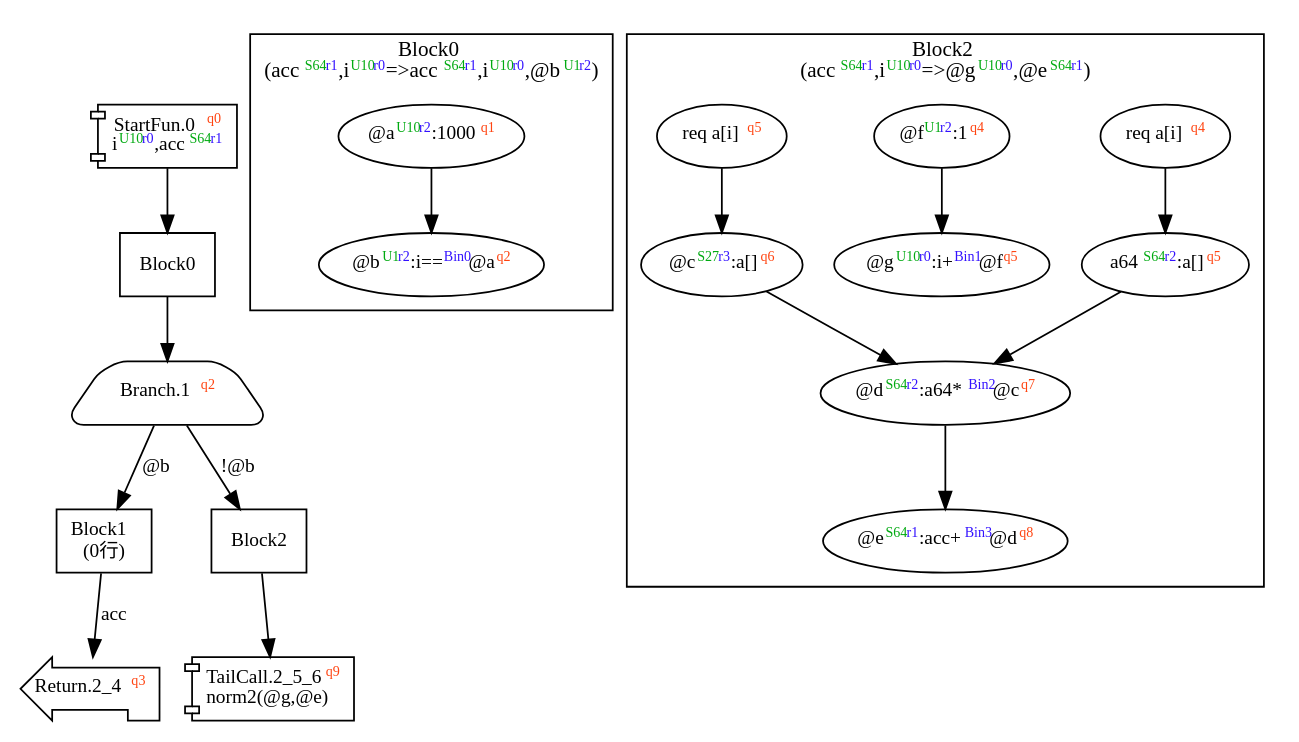
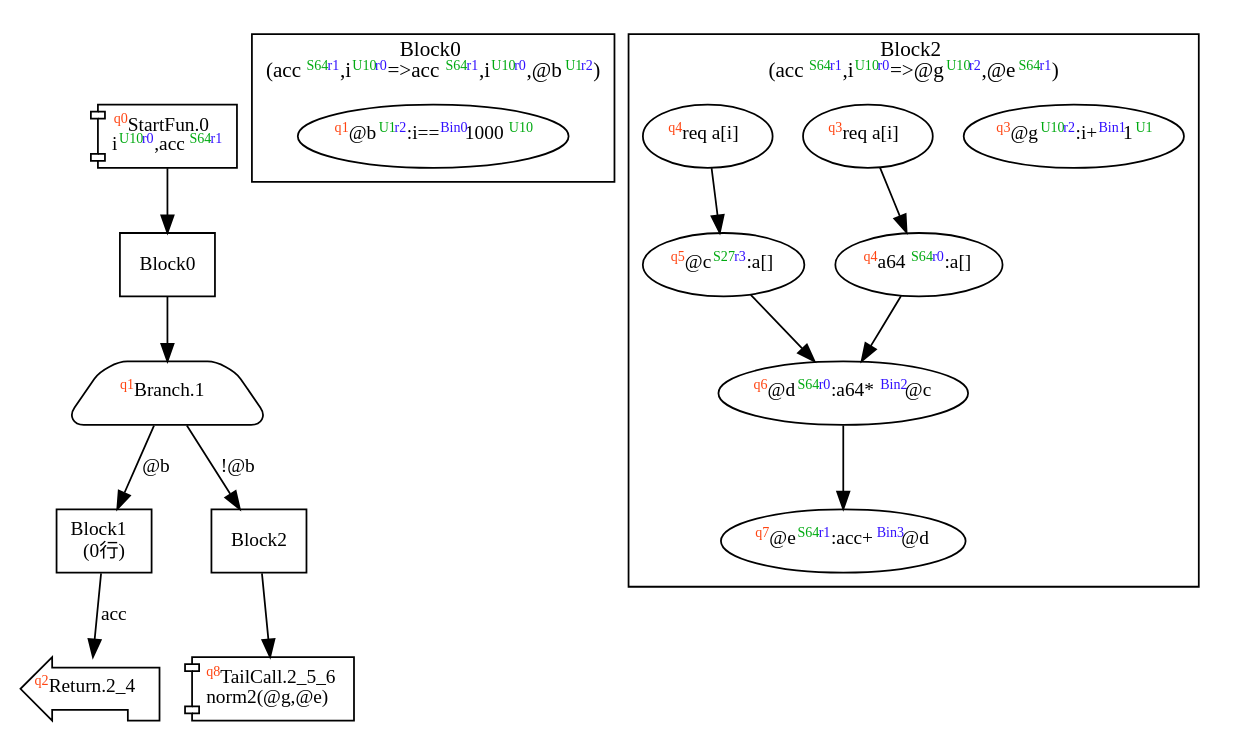
Before and after one commit to akouryy/SyntheScala: the diagram in dist/norm2.dot, drawn with Graphviz. The commit also changed 34 other files, not shown here.

```diff
--- a/dist/norm2.dot
+++ b/dist/norm2.dot
@@ -1,46 +1,42 @@
 digraph Program_ {
   graph [fontname = "Monaco", fontsize = 12, ranksep = 0.5];
   node [shape = box, fontname = "Monaco", fontsize = 11; colorscheme = pastel19];
   edge [fontname = "Monaco", fontsize = 11; colorscheme = pastel19];
-  Jump0[label = <StartFun.0<font color="#ff4411" point-size="8"><sup>q0</sup></font><br/>i<font color="#00aa11" point-size="8"><sup>U10</sup></font><font color="#3311ff" point-size="8"><sup>r0</sup></font>,acc<font color="#00aa11" point-size="8"><sup>S64</sup></font><font color="#3311ff" point-size="8"><sup>r1</sup></font>>; shape = component];
+  Jump0[label = <<font color="#ff4411" point-size="8"><sup>q0</sup></font>StartFun.0<br/>i<font color="#00aa11" point-size="8"><sup>U10</sup></font><font color="#3311ff" point-size="8"><sup>r0</sup></font>,acc<font color="#00aa11" point-size="8"><sup>S64</sup></font><font color="#3311ff" point-size="8"><sup>r1</sup></font>>; shape = component];
   Jump0 -> Block0;
   Jump1[
-    label = <Branch.1<font color="#ff4411" point-size="8"><sup>q2</sup></font>>;
+    label = <<font color="#ff4411" point-size="8"><sup>q1</sup></font>Branch.1>;
     shape = trapezium; style = rounded;
   ];
   Block0 -> Jump1;
   Jump1 -> Block1 [label="@b"];
   Jump1 -> Block2 [label="!@b"];
-  Jump2_4[label = <Return.2_4<font color="#ff4411" point-size="8"><sup>q3</sup></font>>; shape = lpromoter];
+  Jump2_4[label = <<font color="#ff4411" point-size="8"><sup>q2</sup></font>Return.2_4>; shape = lpromoter];
   Block1 -> Jump2_4 [label="acc"];
-  Jump2_5_6[label = <TailCall.2_5_6<font color="#ff4411" point-size="8"><sup>q9</sup></font><br/>norm2(@g,@e)>; shape = component];
+  Jump2_5_6[label = <<font color="#ff4411" point-size="8"><sup>q8</sup></font>TailCall.2_5_6<br/>norm2(@g,@e)>; shape = component];
   Block2 -> Jump2_5_6;
   Block0 [label = "Block0"];
   Block1 [label = "Block1\l(0行)"];
   Block2 [label = "Block2"];
   subgraph cluster_dfg_Block0 {
     node [shape = oval];
     label = <Block0<br/>(acc<font color="#00aa11" point-size="8"><sup>S64</sup></font><font color="#3311ff" point-size="8"><sup>r1</sup></font>,i<font color="#00aa11" point-size="8"><sup>U10</sup></font><font color="#3311ff" point-size="8"><sup>r0</sup></font>=&gt;acc<font color="#00aa11" point-size="8"><sup>S64</sup></font><font color="#3311ff" point-size="8"><sup>r1</sup></font>,i<font color="#00aa11" point-size="8"><sup>U10</sup></font><font color="#3311ff" point-size="8"><sup>r0</sup></font>,@b<font color="#00aa11" point-size="8"><sup>U1</sup></font><font color="#3311ff" point-size="8"><sup>r2</sup></font>)>;
-    0 [label=<@a<font color="#00aa11" point-size="8"><sup>U10</sup></font><font color="#3311ff" point-size="8"><sup>r2</sup></font>:1000<font color="#ff4411" point-size="8"><sup>q1</sup></font>>];
-    1 [label=<@b<font color="#00aa11" point-size="8"><sup>U1</sup></font><font color="#3311ff" point-size="8"><sup>r2</sup></font>:i==<font color="#3311ff" point-size="8"><sup>Bin0</sup></font>@a<font color="#ff4411" point-size="8"><sup>q2</sup></font>>];
-    0 -> 1;
+    1 [label=<<font color="#ff4411" point-size="8"><sup>q1</sup></font>@b<font color="#00aa11" point-size="8"><sup>U1</sup></font><font color="#3311ff" point-size="8"><sup>r2</sup></font>:i==<font color="#3311ff" point-size="8"><sup>Bin0</sup></font>1000<font color="#00aa11" point-size="8"><sup>U10</sup></font>>];
   }
   subgraph cluster_dfg_Block2 {
     node [shape = oval];
-    label = <Block2<br/>(acc<font color="#00aa11" point-size="8"><sup>S64</sup></font><font color="#3311ff" point-size="8"><sup>r1</sup></font>,i<font color="#00aa11" point-size="8"><sup>U10</sup></font><font color="#3311ff" point-size="8"><sup>r0</sup></font>=&gt;@g<font color="#00aa11" point-size="8"><sup>U10</sup></font><font color="#3311ff" point-size="8"><sup>r0</sup></font>,@e<font color="#00aa11" point-size="8"><sup>S64</sup></font><font color="#3311ff" point-size="8"><sup>r1</sup></font>)>;
-    5 [label=<@c<font color="#00aa11" point-size="8"><sup>S27</sup></font><font color="#3311ff" point-size="8"><sup>r3</sup></font>:a[]<font color="#ff4411" point-size="8"><sup>q6</sup></font>>];
-    6 [label=<@d<font color="#00aa11" point-size="8"><sup>S64</sup></font><font color="#3311ff" point-size="8"><sup>r2</sup></font>:a64*<font color="#3311ff" point-size="8"><sup>Bin2</sup></font>@c<font color="#ff4411" point-size="8"><sup>q7</sup></font>>];
-    9 [label=<@g<font color="#00aa11" point-size="8"><sup>U10</sup></font><font color="#3311ff" point-size="8"><sup>r0</sup></font>:i+<font color="#3311ff" point-size="8"><sup>Bin1</sup></font>@f<font color="#ff4411" point-size="8"><sup>q5</sup></font>>];
-    2 [label=<req a[i]<font color="#ff4411" point-size="8"><sup>q4</sup></font>>];
-    7 [label=<@e<font color="#00aa11" point-size="8"><sup>S64</sup></font><font color="#3311ff" point-size="8"><sup>r1</sup></font>:acc+<font color="#3311ff" point-size="8"><sup>Bin3</sup></font>@d<font color="#ff4411" point-size="8"><sup>q8</sup></font>>];
-    3 [label=<a64<font color="#00aa11" point-size="8"><sup>S64</sup></font><font color="#3311ff" point-size="8"><sup>r2</sup></font>:a[]<font color="#ff4411" point-size="8"><sup>q5</sup></font>>];
-    8 [label=<@f<font color="#00aa11" point-size="8"><sup>U1</sup></font><font color="#3311ff" point-size="8"><sup>r2</sup></font>:1<font color="#ff4411" point-size="8"><sup>q4</sup></font>>];
-    4 [label=<req a[i]<font color="#ff4411" point-size="8"><sup>q5</sup></font>>];
+    label = <Block2<br/>(acc<font color="#00aa11" point-size="8"><sup>S64</sup></font><font color="#3311ff" point-size="8"><sup>r1</sup></font>,i<font color="#00aa11" point-size="8"><sup>U10</sup></font><font color="#3311ff" point-size="8"><sup>r0</sup></font>=&gt;@g<font color="#00aa11" point-size="8"><sup>U10</sup></font><font color="#3311ff" point-size="8"><sup>r2</sup></font>,@e<font color="#00aa11" point-size="8"><sup>S64</sup></font><font color="#3311ff" point-size="8"><sup>r1</sup></font>)>;
+    5 [label=<<font color="#ff4411" point-size="8"><sup>q5</sup></font>@c<font color="#00aa11" point-size="8"><sup>S27</sup></font><font color="#3311ff" point-size="8"><sup>r3</sup></font>:a[]>];
+    6 [label=<<font color="#ff4411" point-size="8"><sup>q6</sup></font>@d<font color="#00aa11" point-size="8"><sup>S64</sup></font><font color="#3311ff" point-size="8"><sup>r0</sup></font>:a64*<font color="#3311ff" point-size="8"><sup>Bin2</sup></font>@c>];
+    9 [label=<<font color="#ff4411" point-size="8"><sup>q3</sup></font>@g<font color="#00aa11" point-size="8"><sup>U10</sup></font><font color="#3311ff" point-size="8"><sup>r2</sup></font>:i+<font color="#3311ff" point-size="8"><sup>Bin1</sup></font>1<font color="#00aa11" point-size="8"><sup>U1</sup></font>>];
+    2 [label=<<font color="#ff4411" point-size="8"><sup>q3</sup></font>req a[i]>];
+    7 [label=<<font color="#ff4411" point-size="8"><sup>q7</sup></font>@e<font color="#00aa11" point-size="8"><sup>S64</sup></font><font color="#3311ff" point-size="8"><sup>r1</sup></font>:acc+<font color="#3311ff" point-size="8"><sup>Bin3</sup></font>@d>];
+    3 [label=<<font color="#ff4411" point-size="8"><sup>q4</sup></font>a64<font color="#00aa11" point-size="8"><sup>S64</sup></font><font color="#3311ff" point-size="8"><sup>r0</sup></font>:a[]>];
+    4 [label=<<font color="#ff4411" point-size="8"><sup>q4</sup></font>req a[i]>];
     3 -> 6;
     5 -> 6;
     6 -> 7;
-    8 -> 9;
     2 -> 3 [style = solid];
     4 -> 5 [style = solid];
   }
 }
```
